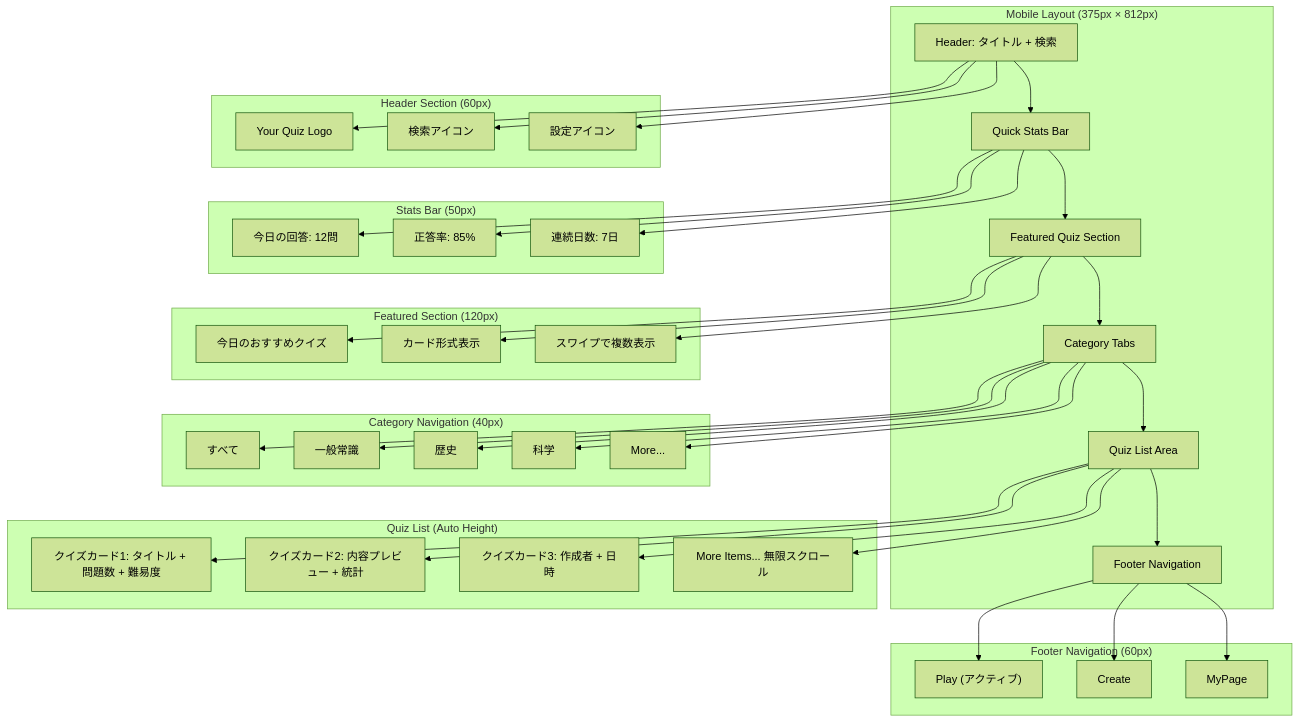
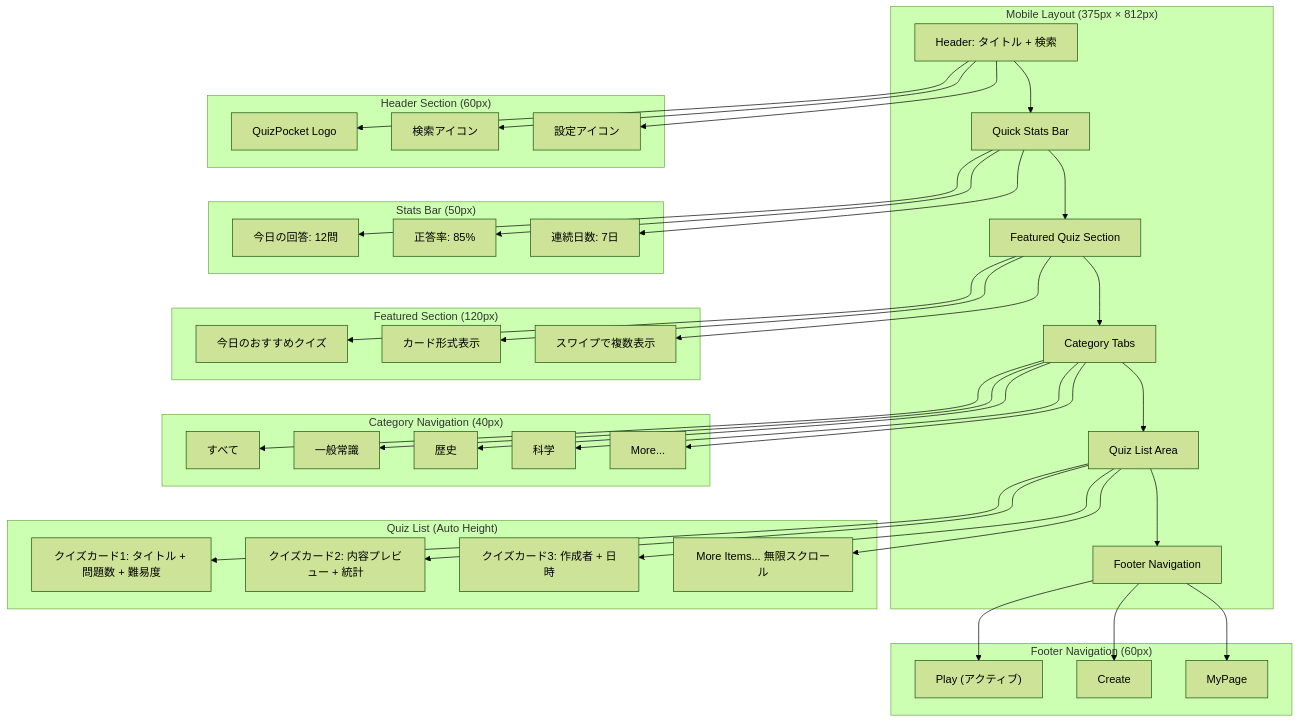
The first of 10 diagrams in docs/project/ui-design/3.01_wireframes/home-page.md (tanacchi/your-quiz), drawn with Mermaid (forest theme) before and after one commit. The commit also changed other lines of this file and 17 other files, not shown here.

````diff
--- a/docs/project/ui-design/3.01_wireframes/home-page.md
+++ b/docs/project/ui-design/3.01_wireframes/home-page.md
@@ -17,49 +17,49 @@
 ```mermaid
 graph TD
     subgraph "Mobile Layout (375px × 812px)"
         A[Header: タイトル + 検索] --> B[Quick Stats Bar]
         B --> C[Featured Quiz Section]
         C --> D[Category Tabs]
         D --> E[Quiz List Area]
         E --> F[Footer Navigation]
     end
     
     subgraph "Header Section (60px)"
-        A --> A1[Your Quiz Logo]
+        A --> A1[QuizPocket Logo]
         A --> A2[検索アイコン]
         A --> A3[設定アイコン]
     end
     
     subgraph "Stats Bar (50px)"
         B --> B1[今日の回答: 12問]
         B --> B2[正答率: 85%]
         B --> B3[連続日数: 7日]
     end
     
     subgraph "Featured Section (120px)"
         C --> C1[今日のおすすめクイズ]
         C --> C2[カード形式表示]
         C --> C3[スワイプで複数表示]
     end
     
     subgraph "Category Navigation (40px)"
         D --> D1[すべて]
         D --> D2[一般常識]
         D --> D3[歴史]
         D --> D4[科学]
         D --> D5[More...]
     end
     
     subgraph "Quiz List (Auto Height)"
         E --> E1[クイズカード1: タイトル + 問題数 + 難易度]
         E --> E2[クイズカード2: 内容プレビュー + 統計]
         E --> E3[クイズカード3: 作成者 + 日時]
         E --> E4["More Items... 無限スクロール"]
     end
     
     subgraph "Footer Navigation (60px)"
         F --> F1["Play (アクティブ)"]
         F --> F2[Create]
         F --> F3[MyPage]
     end
 ```
````
